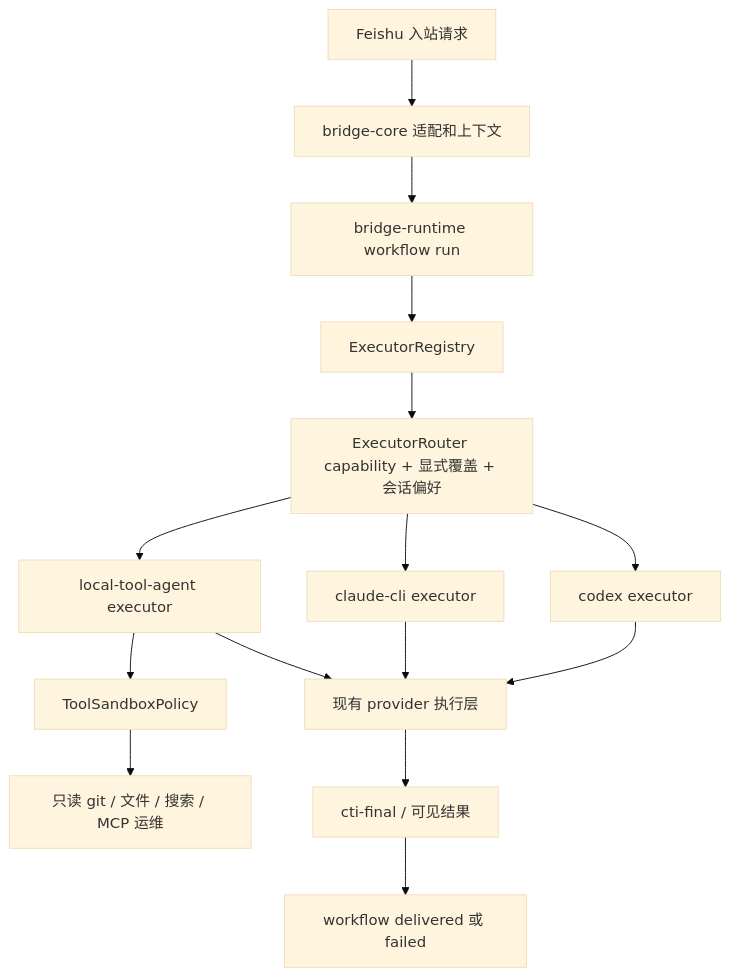
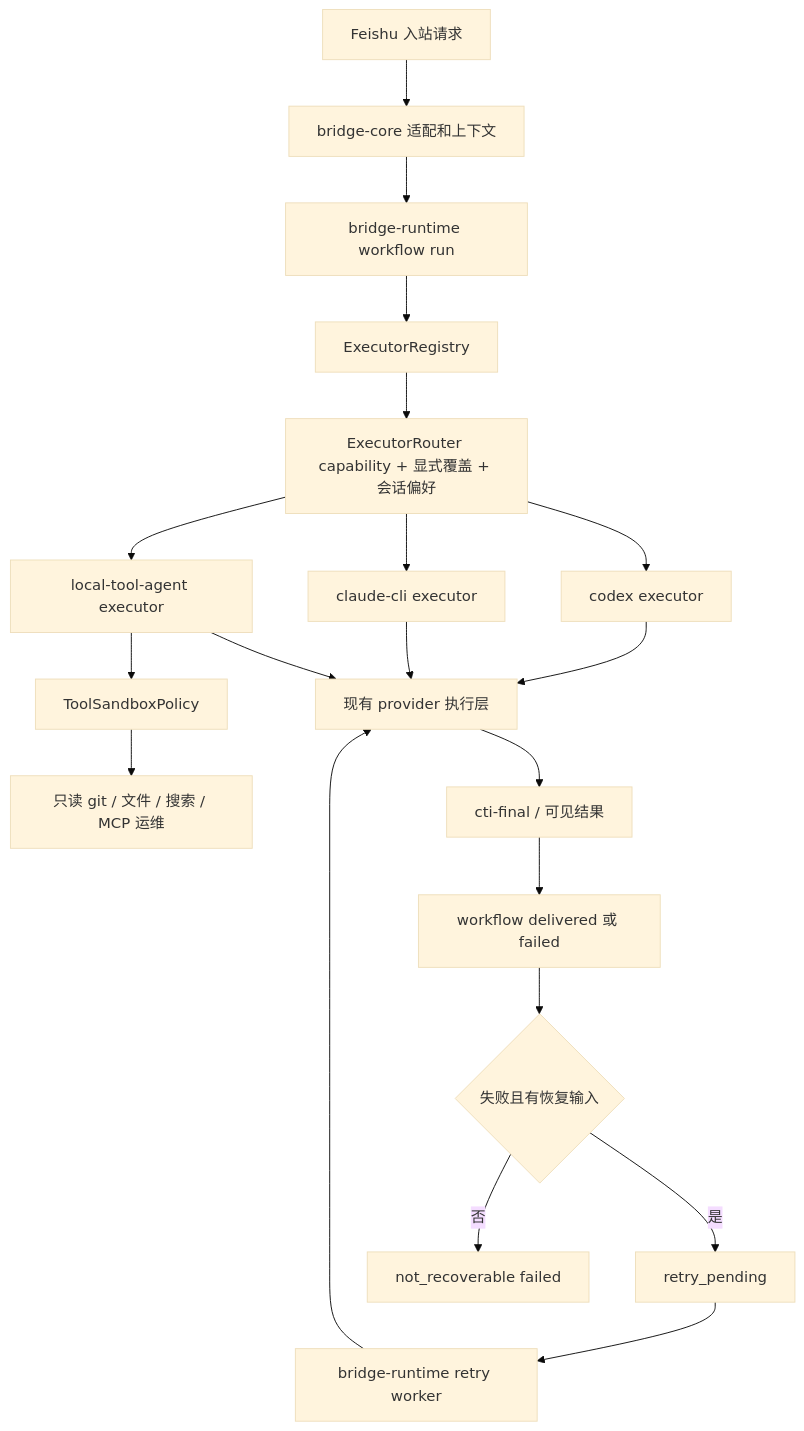
Before and after one commit to dddfuxi/codex-im-suite: the fifth of 8 diagrams in release/installer/payload/docs/PROJECT-ARCHITECTURE.md, drawn with Mermaid (base theme). The commit also changed other lines of this file and 112 other files, not shown here.

````diff
--- a/release/installer/payload/docs/PROJECT-ARCHITECTURE.md
+++ b/release/installer/payload/docs/PROJECT-ARCHITECTURE.md
@@ -180,17 +202,22 @@
 ```mermaid
 flowchart TD
   Inbound[Feishu 入站请求] --> CoreAdapter[bridge-core 适配和上下文]
   CoreAdapter --> Workflow[bridge-runtime workflow run]
   Workflow --> Registry[ExecutorRegistry]
   Registry --> Router[ExecutorRouter capability + 显式覆盖 + 会话偏好]
   Router --> CodexExecutor[codex executor]
   Router --> ClaudeExecutor[claude-cli executor]
   Router --> LocalAgentExecutor[local-tool-agent executor]
   LocalAgentExecutor --> Sandbox[ToolSandboxPolicy]
   Sandbox --> LocalTools[只读 git / 文件 / 搜索 / MCP 运维]
   CodexExecutor --> Provider[现有 provider 执行层]
   ClaudeExecutor --> Provider
   LocalAgentExecutor --> Provider
   Provider --> FinalResponse[cti-final / 可见结果]
   FinalResponse --> WorkflowDone[workflow delivered 或 failed]
+  WorkflowDone --> RetryState{失败且有恢复输入}
+  RetryState -->|是| RetryQueue[retry_pending]
+  RetryQueue --> RetryWorker[bridge-runtime retry worker]
+  RetryWorker --> Provider
+  RetryState -->|否| NotRecoverable[not_recoverable failed]
 ```
````
